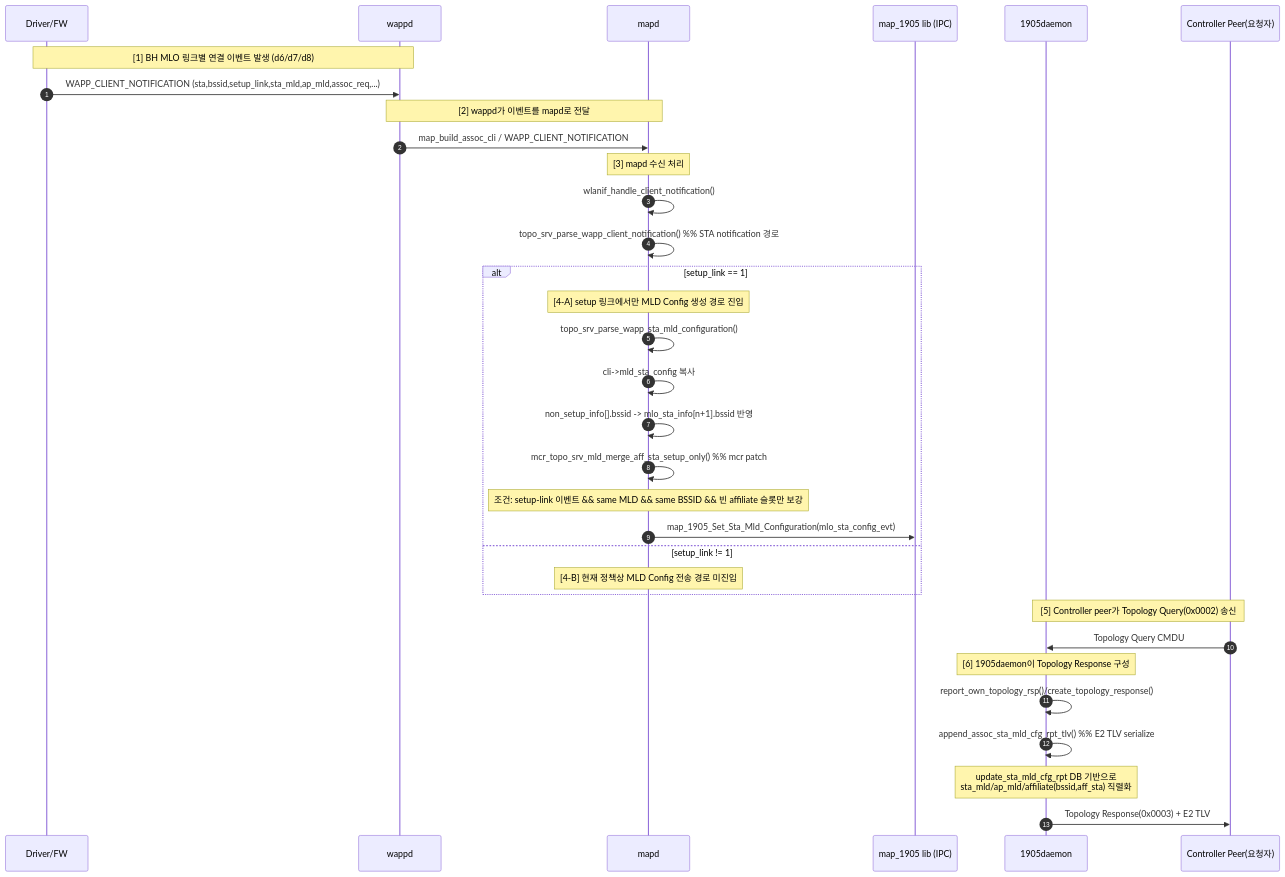
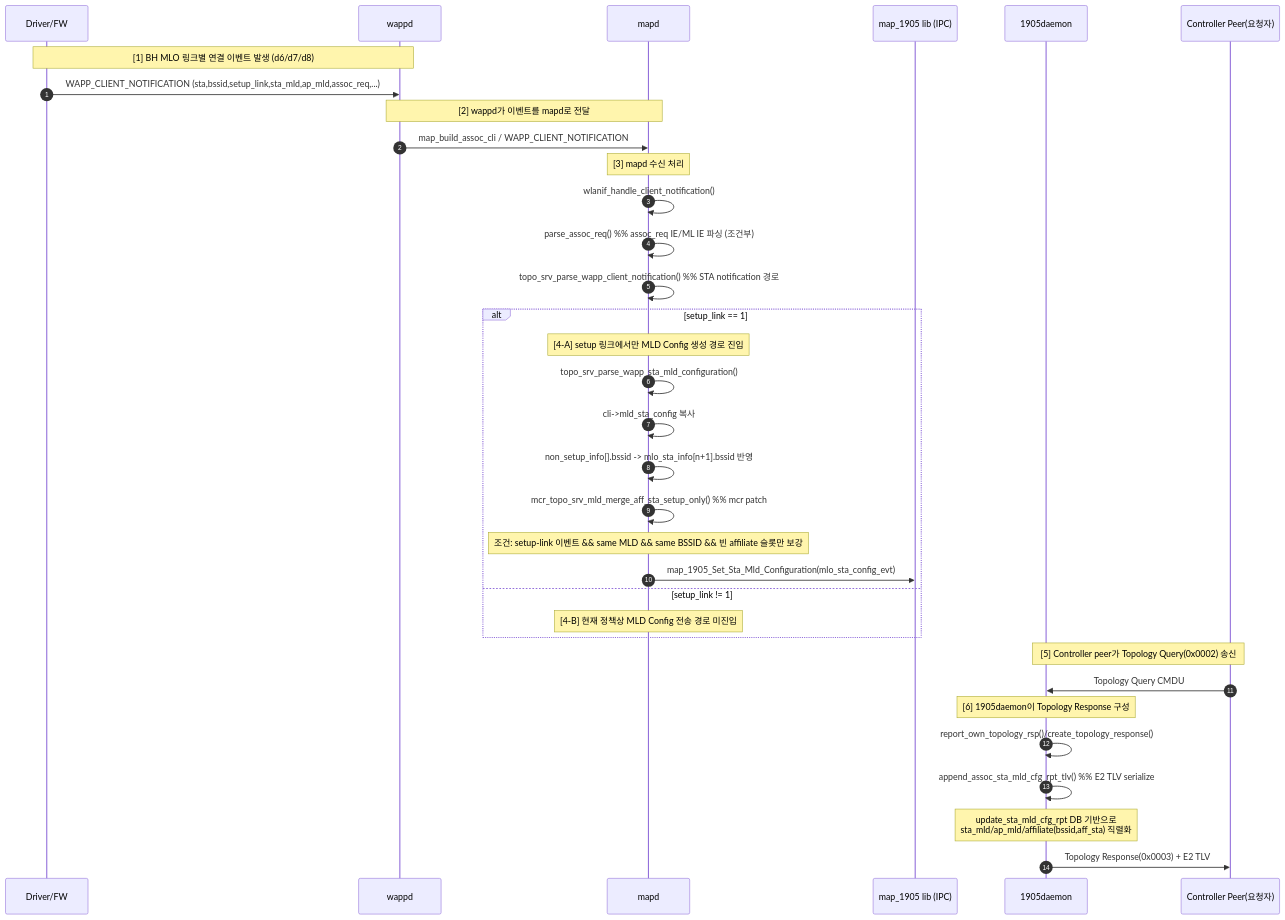
Before and after one commit to smtobs/bsoh-md-: the diagram in 19000N/easymesh/MLO_BH_TOPOLOGY_RESPONSE_SEQUENCE.md, drawn with Mermaid. The commit also changed other lines of this file, not shown here.

Commit message:
19000N: easymesh topology response 시퀀스 다이어그램 내용 수정

````diff
--- a/19000N/easymesh/MLO_BH_TOPOLOGY_RESPONSE_SEQUENCE.md
+++ b/19000N/easymesh/MLO_BH_TOPOLOGY_RESPONSE_SEQUENCE.md
@@ -7,42 +7,43 @@
 ```mermaid
 sequenceDiagram
     autonumber
     participant DRV as Driver/FW
     participant WAPPD as wappd
     participant MAPD as mapd
     participant LIB1905 as map_1905 lib (IPC)
     participant D1905 as 1905daemon
     participant CTRL as Controller Peer(요청자)
 
     Note over DRV,WAPPD: [1] BH MLO 링크별 연결 이벤트 발생 (d6/d7/d8)
     DRV->>WAPPD: WAPP_CLIENT_NOTIFICATION (sta,bssid,setup_link,sta_mld,ap_mld,assoc_req,...)
 
     Note over WAPPD,MAPD: [2] wappd가 이벤트를 mapd로 전달
     WAPPD->>MAPD: map_build_assoc_cli / WAPP_CLIENT_NOTIFICATION
 
     Note over MAPD: [3] mapd 수신 처리
     MAPD->>MAPD: wlanif_handle_client_notification()
+    MAPD->>MAPD: parse_assoc_req()  %% assoc_req IE/ML IE 파싱 (조건부)
     MAPD->>MAPD: topo_srv_parse_wapp_client_notification()  %% STA notification 경로
 
     alt setup_link == 1
         Note over MAPD: [4-A] setup 링크에서만 MLD Config 생성 경로 진입
         MAPD->>MAPD: topo_srv_parse_wapp_sta_mld_configuration()
         MAPD->>MAPD: cli->mld_sta_config 복사
         MAPD->>MAPD: non_setup_info[].bssid -> mlo_sta_info[n+1].bssid 반영
         MAPD->>MAPD: mcr_topo_srv_mld_merge_aff_sta_setup_only() %% mcr patch
         Note over MAPD: 조건: setup-link 이벤트 && same MLD && same BSSID && 빈 affiliate 슬롯만 보강
         MAPD->>LIB1905: map_1905_Set_Sta_Mld_Configuration(mlo_sta_config_evt)
     else setup_link != 1
         Note over MAPD: [4-B] 현재 정책상 MLD Config 전송 경로 미진입
     end
 
     Note over CTRL,D1905: [5] Controller peer가 Topology Query(0x0002) 송신
     CTRL->>D1905: Topology Query CMDU
 
     Note over D1905: [6] 1905daemon이 Topology Response 구성
     D1905->>D1905: report_own_topology_rsp()/create_topology_response()
     D1905->>D1905: append_assoc_sta_mld_cfg_rpt_tlv()  %% E2 TLV serialize
     Note over D1905: update_sta_mld_cfg_rpt DB 기반으로<br/>sta_mld/ap_mld/affiliate(bssid,aff_sta) 직렬화
 
     D1905->>CTRL: Topology Response(0x0003) + E2 TLV
 ```
````
